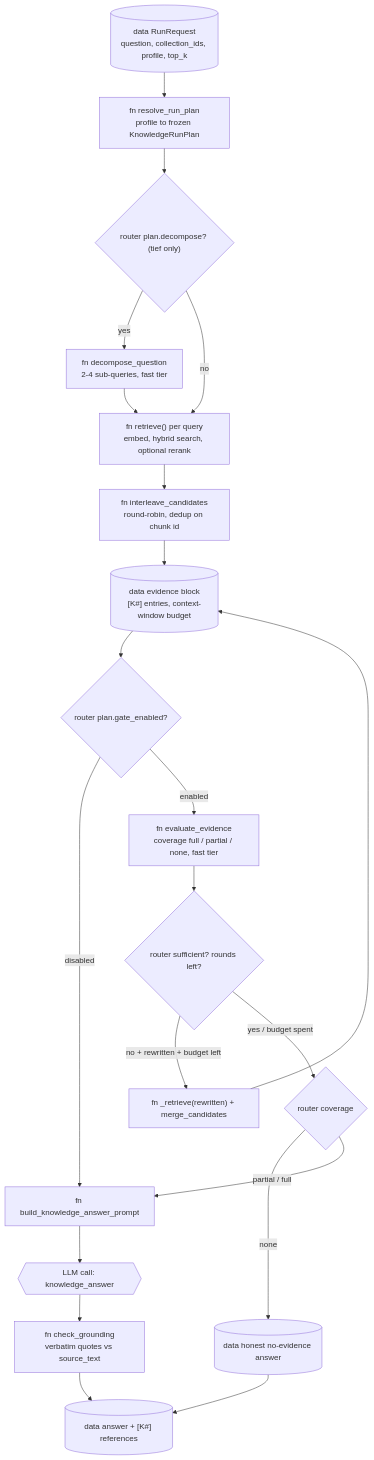
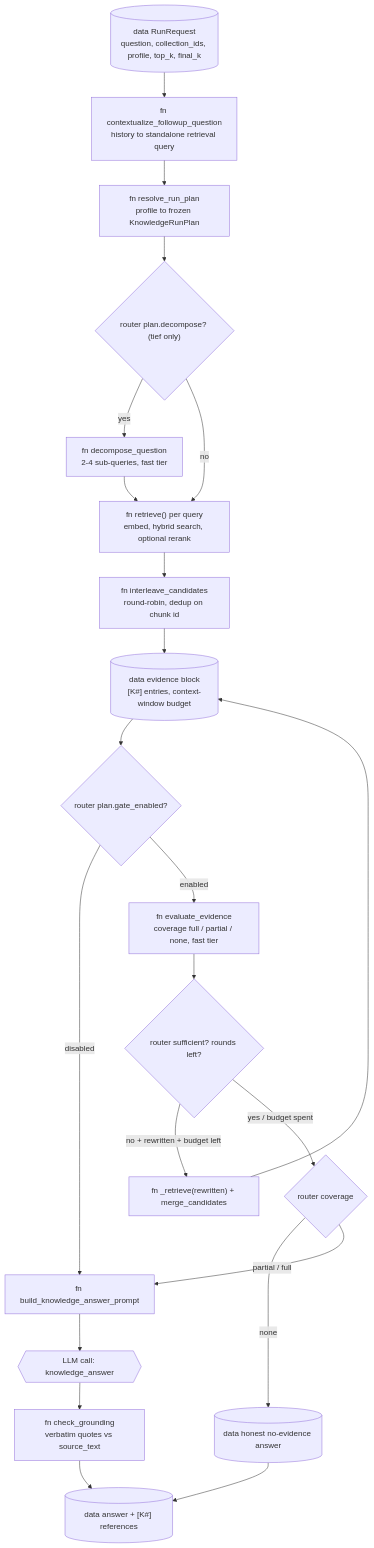
One commit to BZandi/inqtrix changed the fourth of 5 diagrams in docs/architecture/knowledge-retrieval.md. Above: the diagram before and after it, drawn with Mermaid. The commit also changed other lines of this file and 192 other files, not shown here.

````diff
--- a/docs/architecture/knowledge-retrieval.md
+++ b/docs/architecture/knowledge-retrieval.md
@@ -108,32 +108,33 @@
 ```mermaid
 flowchart TD
-    ReqIn[("data RunRequest<br/>question, collection_ids, profile, top_k")]
+    ReqIn[("data RunRequest<br/>question, collection_ids, profile, top_k, final_k")]
+    Ctx["fn contextualize_followup_question<br/>history to standalone retrieval query"]
     Plan["fn resolve_run_plan<br/>profile to frozen KnowledgeRunPlan"]
     Decomp{"router plan.decompose? (tief only)"}
     DoDecomp["fn decompose_question<br/>2-4 sub-queries, fast tier"]
     Retr["fn retrieve() per query<br/>embed, hybrid search, optional rerank"]
     Inter["fn interleave_candidates<br/>round-robin, dedup on chunk id"]
     Budget[("data evidence block<br/>[K#] entries, context-window budget")]
     Gate{"router plan.gate_enabled?"}
     DoGate["fn evaluate_evidence<br/>coverage full / partial / none, fast tier"]
     Suff{"router sufficient? rounds left?"}
     Rewrite["fn _retrieve(rewritten) + merge_candidates"]
     Cov{"router coverage"}
     NoEv[("data honest no-evidence answer")]
     Prompt["fn build_knowledge_answer_prompt"]
     Answer{{"LLM call: knowledge_answer"}}
     Ground["fn check_grounding<br/>verbatim quotes vs source_text"]
     Out[("data answer + [K#] references")]
 
-    ReqIn --> Plan --> Decomp
+    ReqIn --> Ctx --> Plan --> Decomp
     Decomp -->|"yes"| DoDecomp --> Retr
     Decomp -->|"no"| Retr
     Retr --> Inter --> Budget --> Gate
     Gate -->|"disabled"| Prompt
     Gate -->|"enabled"| DoGate --> Suff
     Suff -->|"no + rewritten + budget left"| Rewrite --> Budget
     Suff -->|"yes / budget spent"| Cov
     Cov -->|"none"| NoEv --> Out
     Cov -->|"partial / full"| Prompt
     Prompt --> Answer --> Ground --> Out
 ```
````
